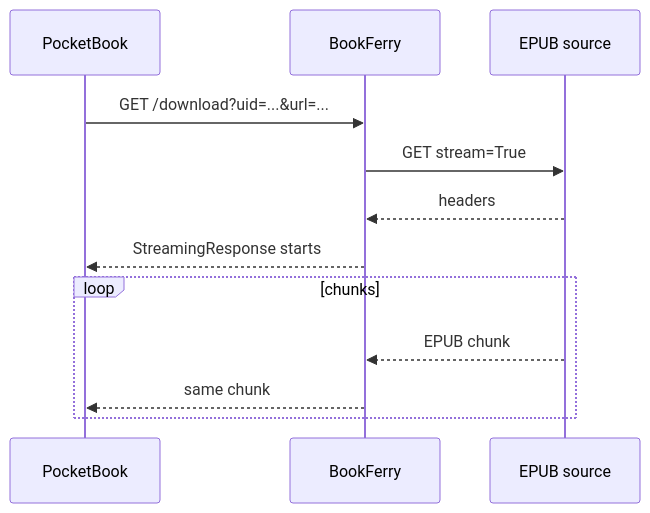
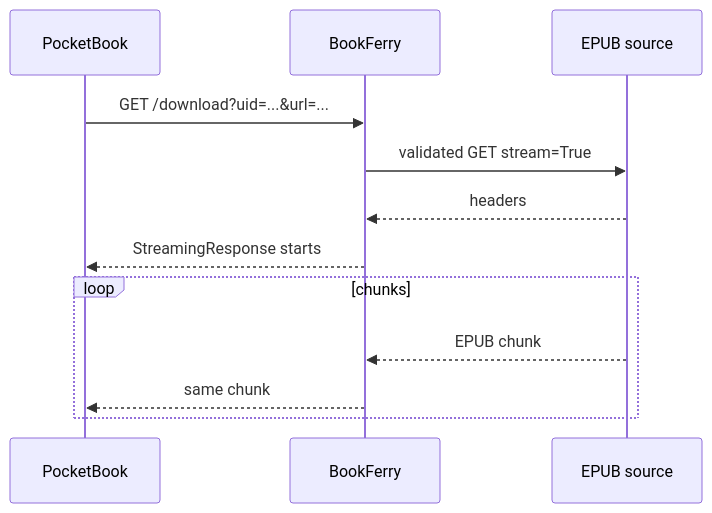
One commit to TerentievKirill/BookFerry changed the fourth of 5 diagrams in ARCHITECTURE.md. Above: the diagram before and after it, drawn with Mermaid. The commit also changed other lines of this file and 4 other files, not shown here.

````diff
--- a/ARCHITECTURE.md
+++ b/ARCHITECTURE.md
@@ -308,15 +335,15 @@
 ```mermaid
 sequenceDiagram
     participant PB as PocketBook
     participant API as BookFerry
     participant SRC as EPUB source
 
     PB->>API: GET /download?uid=...&url=...
-    API->>SRC: GET stream=True
+    API->>SRC: validated GET stream=True
     SRC-->>API: headers
     API-->>PB: StreamingResponse starts
     loop chunks
         SRC-->>API: EPUB chunk
         API-->>PB: same chunk
     end
 ```
````
